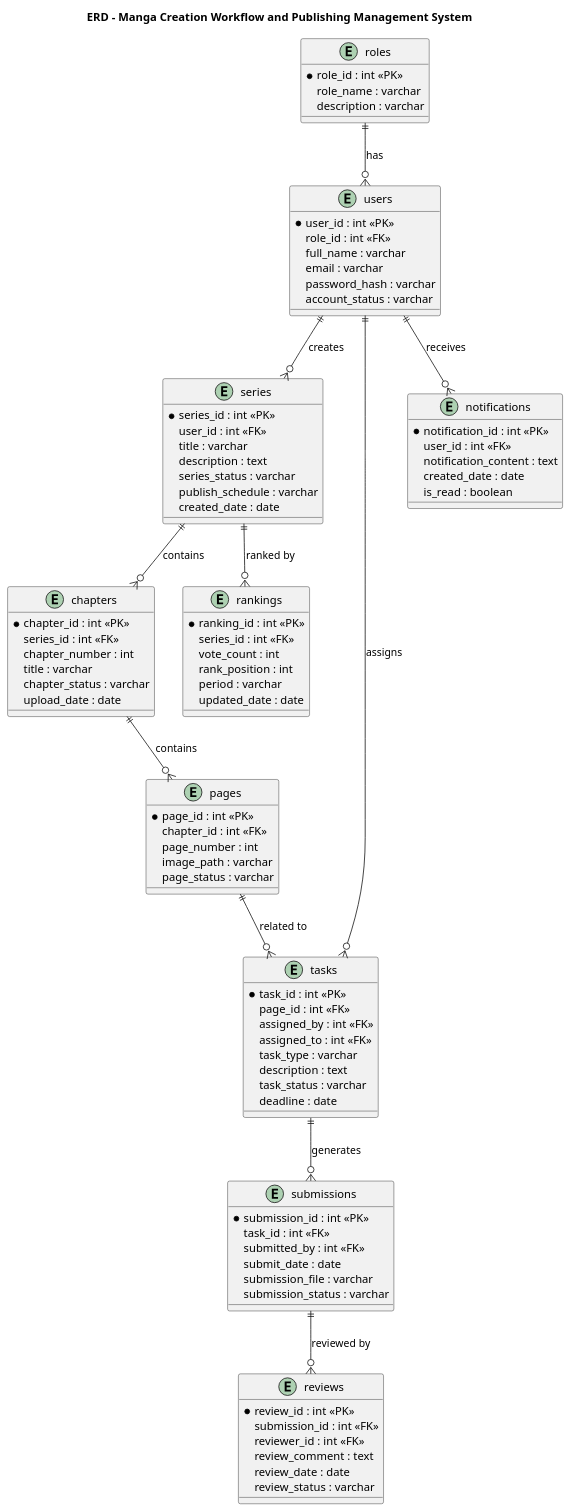
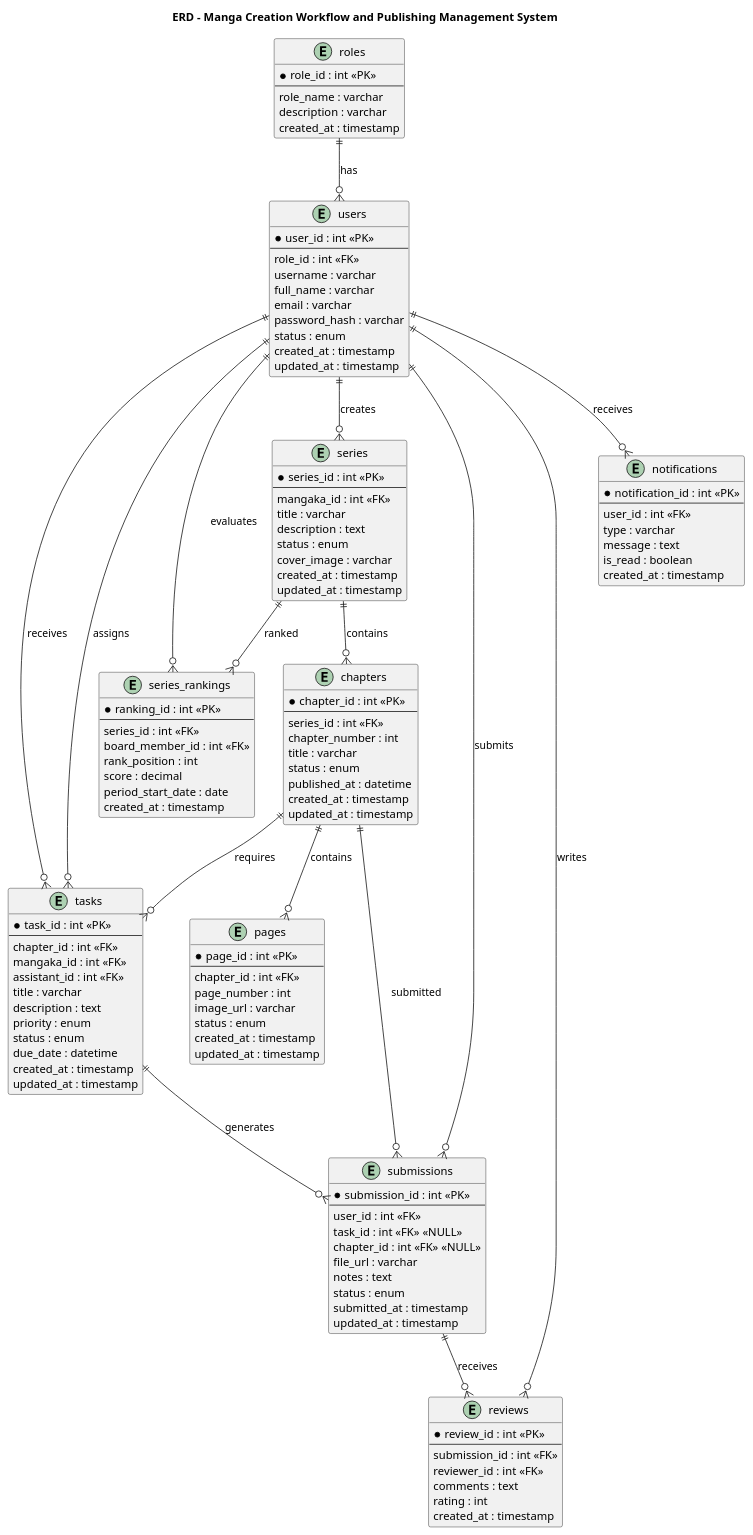
Before and after one commit to trongtan0079/Manga-publishing-management-system: the diagram in UML/ERD.puml, drawn with PlantUML. The commit also changed 1 other file, not shown here.

Commit message:
cập nhật code planuml class và ERD

```diff
--- a/UML/ERD.puml
+++ b/UML/ERD.puml
@@ -1,103 +1,142 @@
 @startuml
 title ERD - Manga Creation Workflow and Publishing Management System
 
 entity roles {
   *role_id : int <<PK>>
+  --
   role_name : varchar
   description : varchar
+  created_at : timestamp
 }
 
 entity users {
   *user_id : int <<PK>>
+  --
   role_id : int <<FK>>
+  username : varchar
   full_name : varchar
   email : varchar
   password_hash : varchar
-  account_status : varchar
+  status : enum
+  created_at : timestamp
+  updated_at : timestamp
 }
 
 entity series {
   *series_id : int <<PK>>
-  user_id : int <<FK>>
+  --
+  mangaka_id : int <<FK>>
   title : varchar
   description : text
-  series_status : varchar
-  publish_schedule : varchar
-  created_date : date
+  status : enum
+  cover_image : varchar
+  created_at : timestamp
+  updated_at : timestamp
 }
 
 entity chapters {
   *chapter_id : int <<PK>>
+  --
   series_id : int <<FK>>
   chapter_number : int
   title : varchar
-  chapter_status : varchar
-  upload_date : date
+  status : enum
+  published_at : datetime
+  created_at : timestamp
+  updated_at : timestamp
 }
 
 entity pages {
   *page_id : int <<PK>>
+  --
   chapter_id : int <<FK>>
   page_number : int
-  image_path : varchar
-  page_status : varchar
+  image_url : varchar
+  status : enum
+  created_at : timestamp
+  updated_at : timestamp
 }
 
 entity tasks {
   *task_id : int <<PK>>
-  page_id : int <<FK>>
-  assigned_by : int <<FK>>
-  assigned_to : int <<FK>>
-  task_type : varchar
+  --
+  chapter_id : int <<FK>>
+  mangaka_id : int <<FK>>
+  assistant_id : int <<FK>>
+  title : varchar
   description : text
-  task_status : varchar
-  deadline : date
+  priority : enum
+  status : enum
+  due_date : datetime
+  created_at : timestamp
+  updated_at : timestamp
 }
 
 entity submissions {
   *submission_id : int <<PK>>
-  task_id : int <<FK>>
-  submitted_by : int <<FK>>
-  submit_date : date
-  submission_file : varchar
-  submission_status : varchar
+  --
+  user_id : int <<FK>>
+  task_id : int <<FK>> <<NULL>>
+  chapter_id : int <<FK>> <<NULL>>
+  file_url : varchar
+  notes : text
+  status : enum
+  submitted_at : timestamp
+  updated_at : timestamp
 }
 
 entity reviews {
   *review_id : int <<PK>>
+  --
   submission_id : int <<FK>>
   reviewer_id : int <<FK>>
-  review_comment : text
-  review_date : date
-  review_status : varchar
+  comments : text
+  rating : int
+  created_at : timestamp
 }
 
-entity rankings {
+entity series_rankings {
   *ranking_id : int <<PK>>
+  --
   series_id : int <<FK>>
-  vote_count : int
+  board_member_id : int <<FK>>
   rank_position : int
-  period : varchar
-  updated_date : date
+  score : decimal
+  period_start_date : date
+  created_at : timestamp
 }
 
 entity notifications {
   *notification_id : int <<PK>>
+  --
   user_id : int <<FK>>
-  notification_content : text
-  created_date : date
+  type : varchar
+  message : text
   is_read : boolean
+  created_at : timestamp
 }
 
-roles ||--o{ users : "has"
-users ||--o{ series : "creates"
-series ||--o{ chapters : "contains"
-chapters ||--o{ pages : "contains"
-pages ||--o{ tasks : "related to"
-users ||--o{ tasks : "assigns"
-tasks ||--o{ submissions : "generates"
-submissions ||--o{ reviews : "reviewed by"
-series ||--o{ rankings : "ranked by"
-users ||--o{ notifications : "receives"
+roles ||--o{ users : has
+
+users ||--o{ series : creates
+
+users ||--o{ tasks : assigns
+users ||--o{ tasks : receives
+
+users ||--o{ submissions : submits
+users ||--o{ reviews : writes
+users ||--o{ notifications : receives
+users ||--o{ series_rankings : evaluates
+
+series ||--o{ chapters : contains
+series ||--o{ series_rankings : ranked
+
+chapters ||--o{ pages : contains
+chapters ||--o{ tasks : requires
+chapters ||--o{ submissions : submitted
+
+tasks ||--o{ submissions : generates
+
+submissions ||--o{ reviews : receives
 
 @enduml
```
